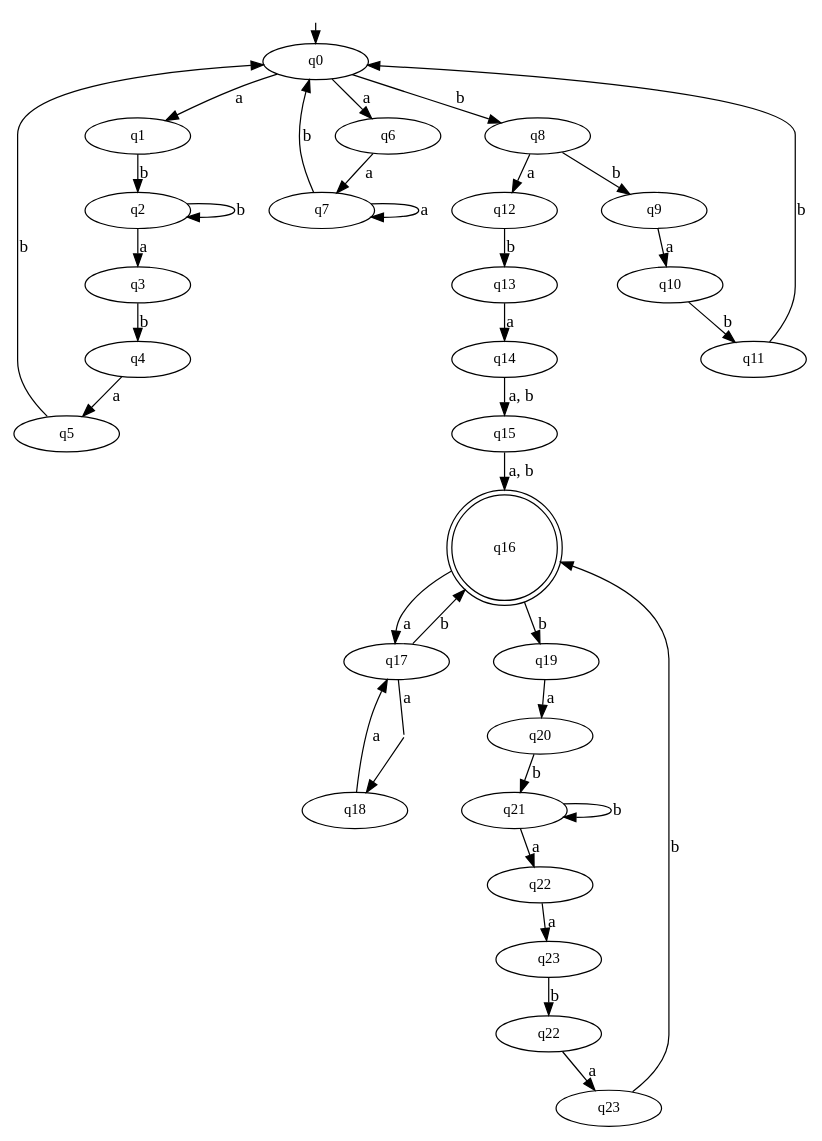
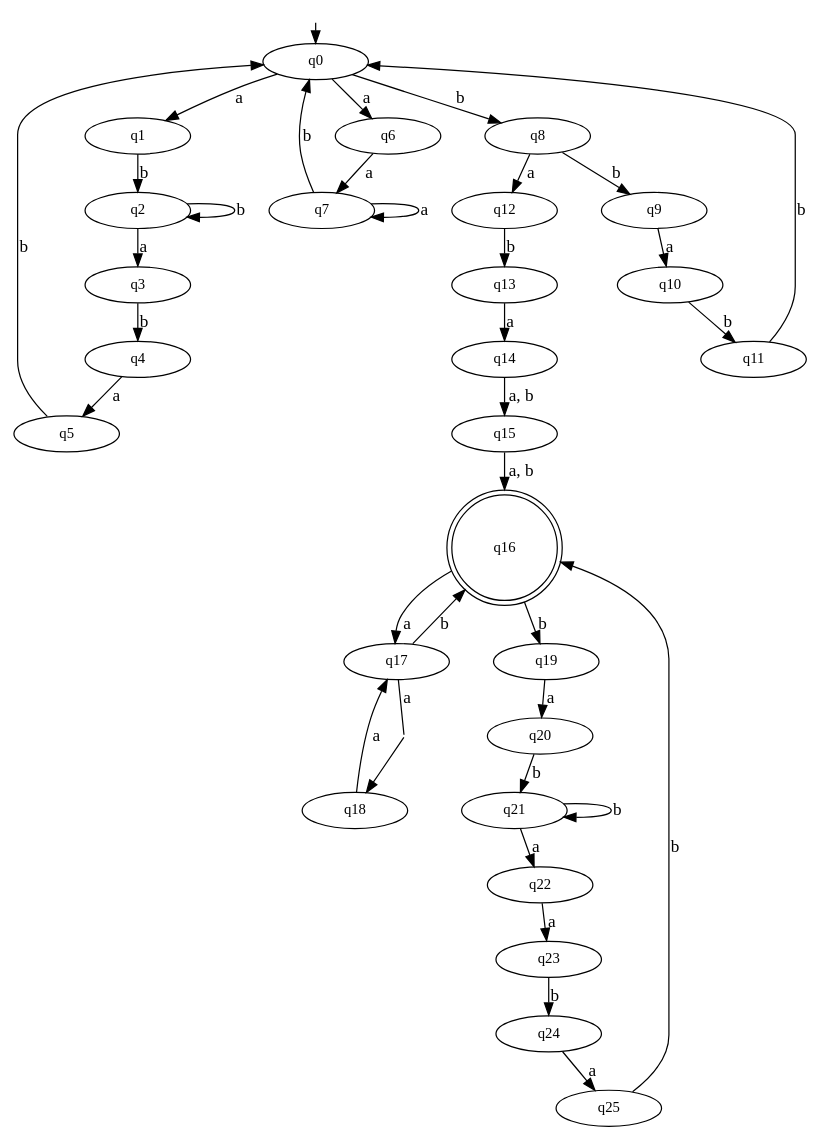
The diagram in Lab2/NFA/NFA.dot (fedkit/TFL-BMSTU), drawn with Graphviz before and after one commit. The commit also changed 2 other files, not shown here.

```diff
--- a/Lab2/NFA/NFA.dot
+++ b/Lab2/NFA/NFA.dot
@@ -1,80 +1,80 @@
 digraph {
     rankdir=TB
     nodesep=0.5
     ranksep=0.1
     node [fontsize=12, width=1.2, height=0.1]
 
     dummy [label = "", shape = none]
 
     0  [label="q0"]
     1  [label="q1"]
     2  [label="q2"]
     3  [label="q3"]
     4  [label="q4"]
     5  [label="q5"]
     6  [label="q6"]
     7  [label="q7"]
     8  [label="q8"]
     9  [label="q9"]
     10 [label="q10"]
     11 [label="q11"]
     12 [label="q12"]
     13 [label="q13"]
     14 [label="q14"]
     15 [label="q15"]
     16 [label="q16", shape=doublecircle]
     17 [label="q17"]
     18 [label="q18"]
     19 [label="q19"]
     20 [label="q20"]
     21 [label="q21"]
     22 [label="q22"]
     23 [label="q23"]
-    24 [label="q22"]
-    25 [label="q23"]
+    24 [label="q24"]
+    25 [label="q25"]
     
     dummy -> 0
     
     0 -> 1 [label="a"]
     1 -> 2 [label="b"]
     2 -> 2 [label="b"]
     2 -> 3 [label="a"]
     3 -> 4 [label="b"]
     4 -> 5 [label="a"]
     5 -> 0 [label="b"]
     
     0 -> 6 [label="a"]
     6 -> 7 [label="a"]
     7 -> 7 [label="a"]
     7 -> 0 [label="b"]
     
     0 -> 8 [label="b"]
     8 -> 9 [label="b"]
     9 -> 10 [label="a"]
     10 -> 11 [label="b"]
     11 -> 0 [label="b"]
     
     8 -> 12 [label="a"]
     12 -> 13 [label="b"]
     13 -> 14 [label="a"]
     14 -> 15 [label="a, b"]
     15 -> 16 [label="a, b"]
     
     16 -> 17 [label="a"]
     17 -> i1 [label="a", arrowhead=none]
     i1 -> 18
     18 -> 17 [label="a"]
     i1 [shape=point, width=0]
     i2 [shape=point, width=0]
     17 -> 16 [label="b"]
     
     16 -> 19 [label="b"]
     19 -> 20 [label="a"]
     20 -> 21 [label="b"]
     21 -> 21 [label="b"]
     21 -> 22 [label="a"]
     22 -> 23 [label="a"]
     23 -> 24 [label="b"]
     24 -> 25 [label="a"]
     25 -> 16 [label="b"]
 }
```
